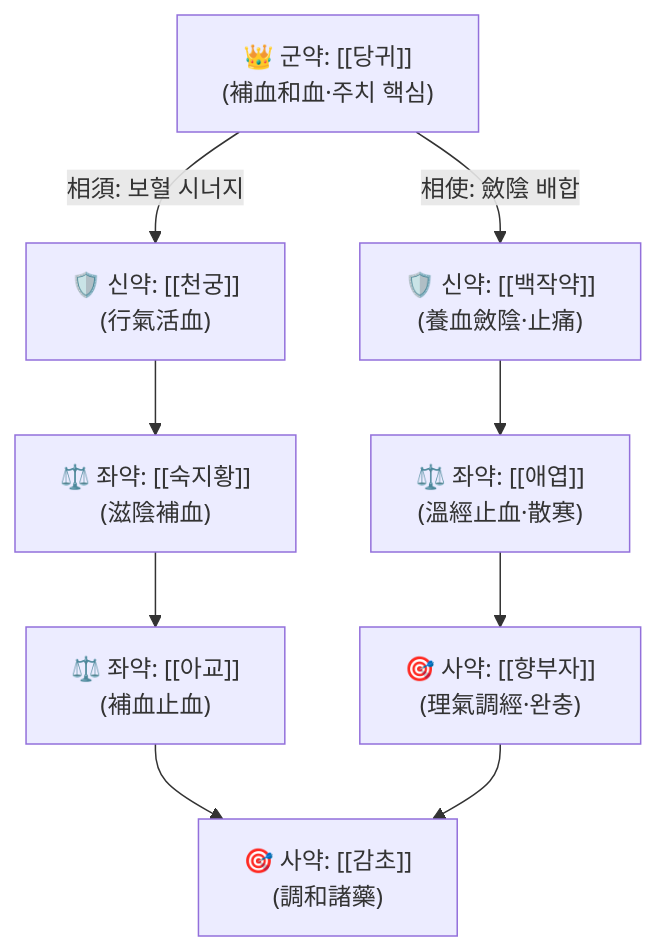
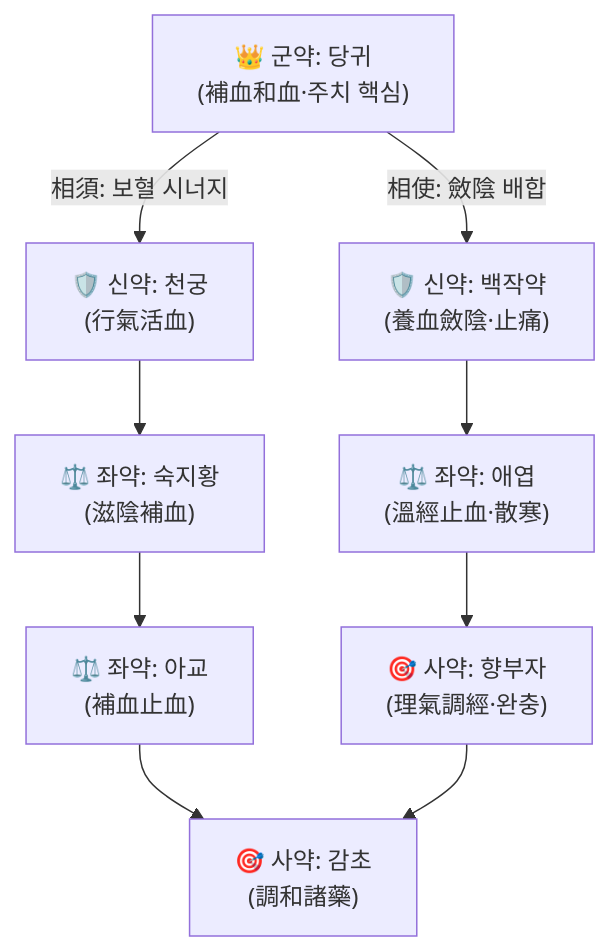
The diagram in content/2. 약리 공부/처방/05_활혈거어·지혈제/가감섭영전.md (simbio11/simbio-digital-garden2), drawn with Mermaid before and after one commit. The commit also changed other lines of this file and 122 other files, not shown here.

````diff
--- a/content/2. 약리 공부/처방/05_활혈거어·지혈제/가감섭영전.md
+++ b/content/2. 약리 공부/처방/05_활혈거어·지혈제/가감섭영전.md
@@ -65,11 +66,11 @@
 ```mermaid
 graph TD
-    Gun["👑 군약: [[당귀]]<br>(補血和血·주치 핵심)"] -->|相須: 보혈 시너지| Sin1["🛡️ 신약: [[천궁]]<br>(行氣活血)"]
-    Gun -->|相使: 斂陰 배합| Sin2["🛡️ 신약: [[백작약]]<br>(養血斂陰·止痛)"]
-    Sin1 --> Jwa1["⚖️ 좌약: [[숙지황]]<br>(滋陰補血)"]
-    Sin2 --> Jwa2["⚖️ 좌약: [[애엽]]<br>(溫經止血·散寒)"]
-    Jwa1 --> Jwa3["⚖️ 좌약: [[아교]]<br>(補血止血)"]
-    Jwa2 --> Sa1["🎯 사약: [[향부자]]<br>(理氣調經·완충)"]
-    Jwa3 --> Sa2["🎯 사약: [[감초]]<br>(調和諸藥)"]
+    Gun["👑 군약: 당귀<br>(補血和血·주치 핵심)"] -->|相須: 보혈 시너지| Sin1["🛡️ 신약: 천궁<br>(行氣活血)"]
+    Gun -->|相使: 斂陰 배합| Sin2["🛡️ 신약: 백작약<br>(養血斂陰·止痛)"]
+    Sin1 --> Jwa1["⚖️ 좌약: 숙지황<br>(滋陰補血)"]
+    Sin2 --> Jwa2["⚖️ 좌약: 애엽<br>(溫經止血·散寒)"]
+    Jwa1 --> Jwa3["⚖️ 좌약: 아교<br>(補血止血)"]
+    Jwa2 --> Sa1["🎯 사약: 향부자<br>(理氣調經·완충)"]
+    Jwa3 --> Sa2["🎯 사약: 감초<br>(調和諸藥)"]
     Sa1 --> Sa2
 ```
````
